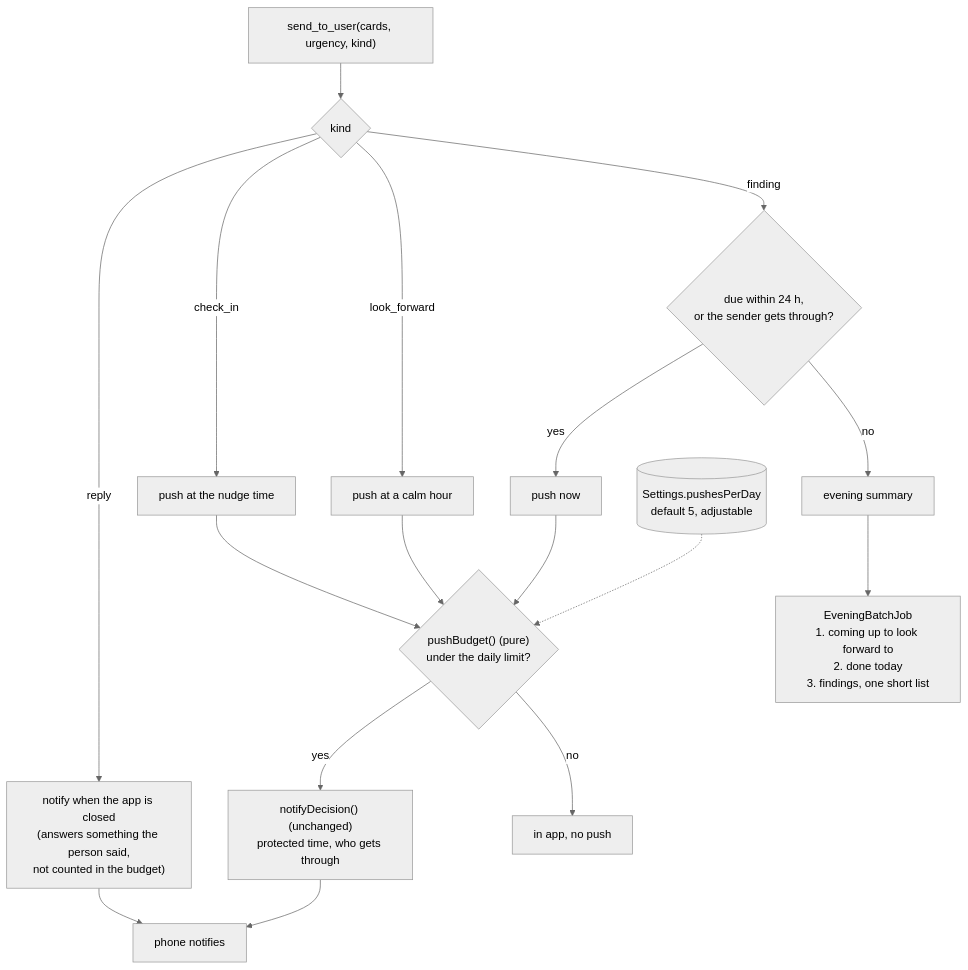
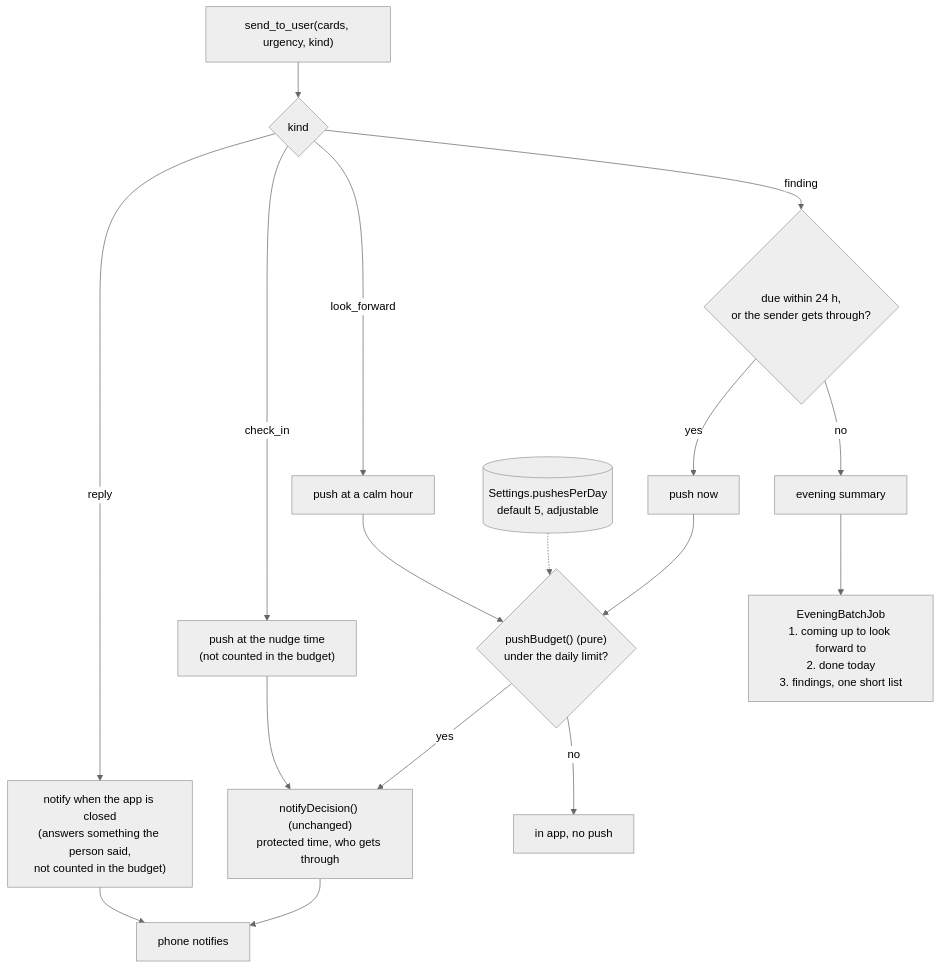
The diagram in diagrams/wellbeing/4-notify.mmd (robog-two/clarity), drawn with Mermaid (neutral theme) before and after one commit. The commit also changed 2 other files, not shown here.

Commit message:
Docs: check-ins skip the daily push limit
Claude-Session: https://claude.ai/code/session_01NgQqhHAwVmkcUr48UL6FVB

```diff
--- a/diagrams/wellbeing/4-notify.mmd
+++ b/diagrams/wellbeing/4-notify.mmd
@@ -1,19 +1,19 @@
 flowchart TD
   SEND["send_to_user(cards, urgency, kind)"] --> KIND{"kind"}
   KIND -->|reply| REPLY["notify when the app is closed<br/>(answers something the person said,<br/>not counted in the budget)"]
-  KIND -->|check_in| CHECK["push at the nudge time"]
+  KIND -->|check_in| CHECK["push at the nudge time<br/>(not counted in the budget)"]
   KIND -->|look_forward| LOOK["push at a calm hour"]
   KIND -->|finding| FIND{"due within 24 h,<br/>or the sender gets through?"}
   FIND -->|yes| NOW["push now"]
   FIND -->|no| BATCH["evening summary"]
 
-  CHECK --> BUDGET{"pushBudget() (pure)<br/>under the daily limit?"}
-  LOOK --> BUDGET
+  LOOK --> BUDGET{"pushBudget() (pure)<br/>under the daily limit?"}
+  CHECK --> POLICY
   NOW --> BUDGET
   BUDGET -->|yes| POLICY["notifyDecision() (unchanged)<br/>protected time, who gets through"]
   BUDGET -->|no| INAPP["in app, no push"]
   POLICY --> PHONE["phone notifies"]
   REPLY --> PHONE
 
   LIMIT[("Settings.pushesPerDay<br/>default 5, adjustable")] -.-> BUDGET
   BATCH --> EVENING["EveningBatchJob<br/>1. coming up to look forward to<br/>2. done today<br/>3. findings, one short list"]
```
